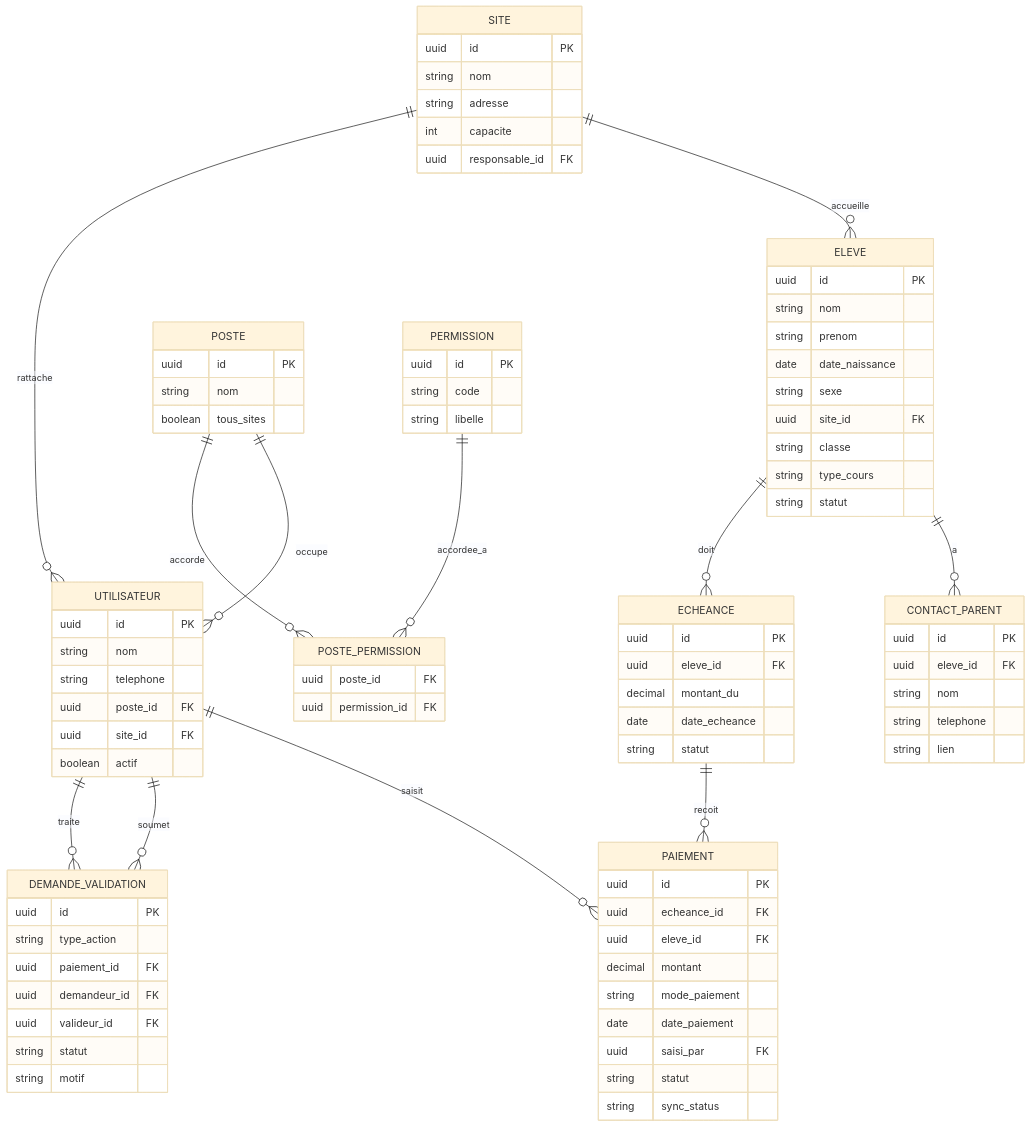
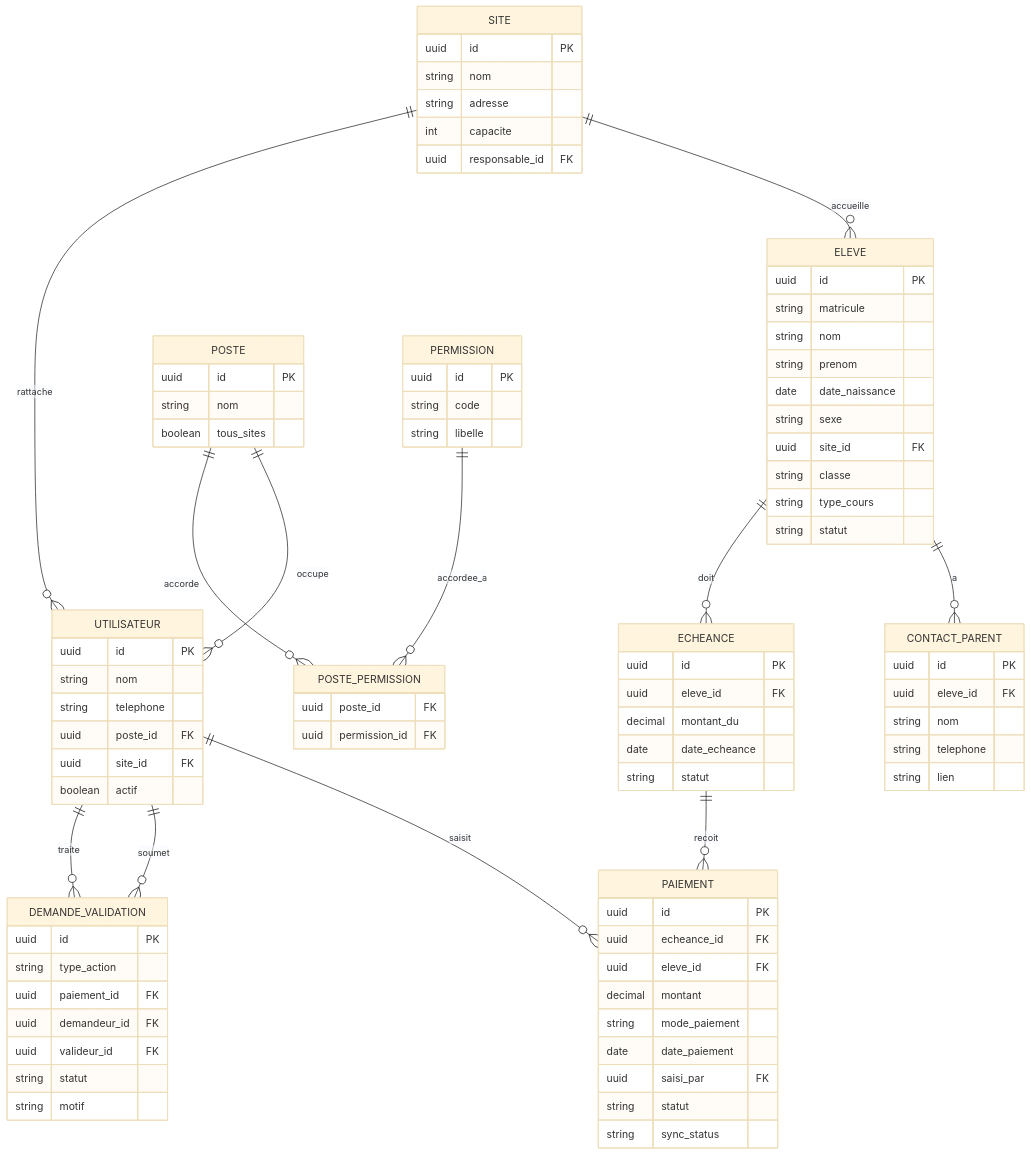
Before and after one commit to moh-383/logiciel_gestion_les_meilleurs: the diagram in docs/schema-bdd.md, drawn with Mermaid (base theme). The commit also changed other lines of this file, not shown here.

```diff
--- a/docs/schema-bdd.md
+++ b/docs/schema-bdd.md
@@ -51,6 +51,7 @@
   }
   ELEVE {
     uuid id PK
+    string matricule
     string nom
     string prenom
     date date_naissance
```
